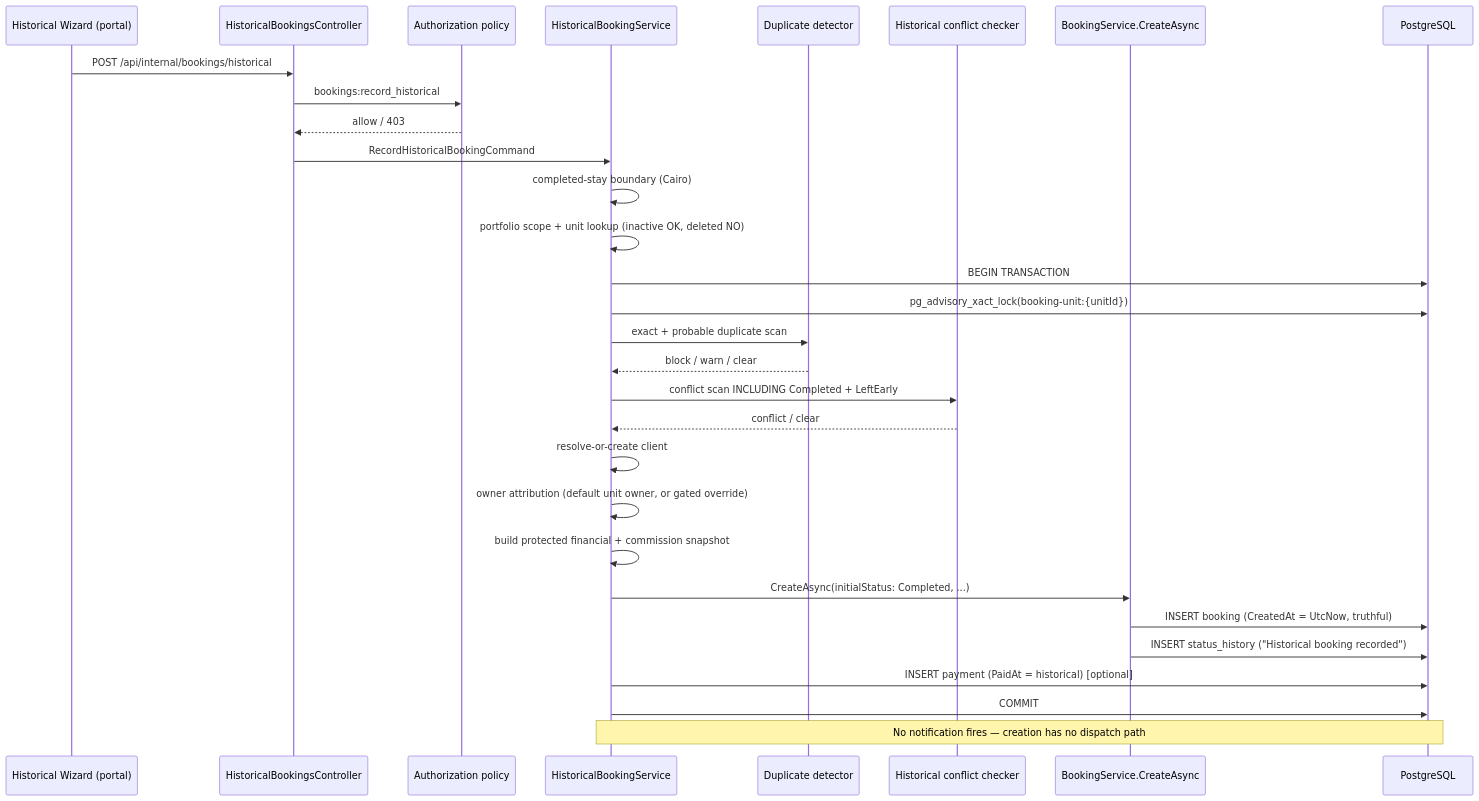
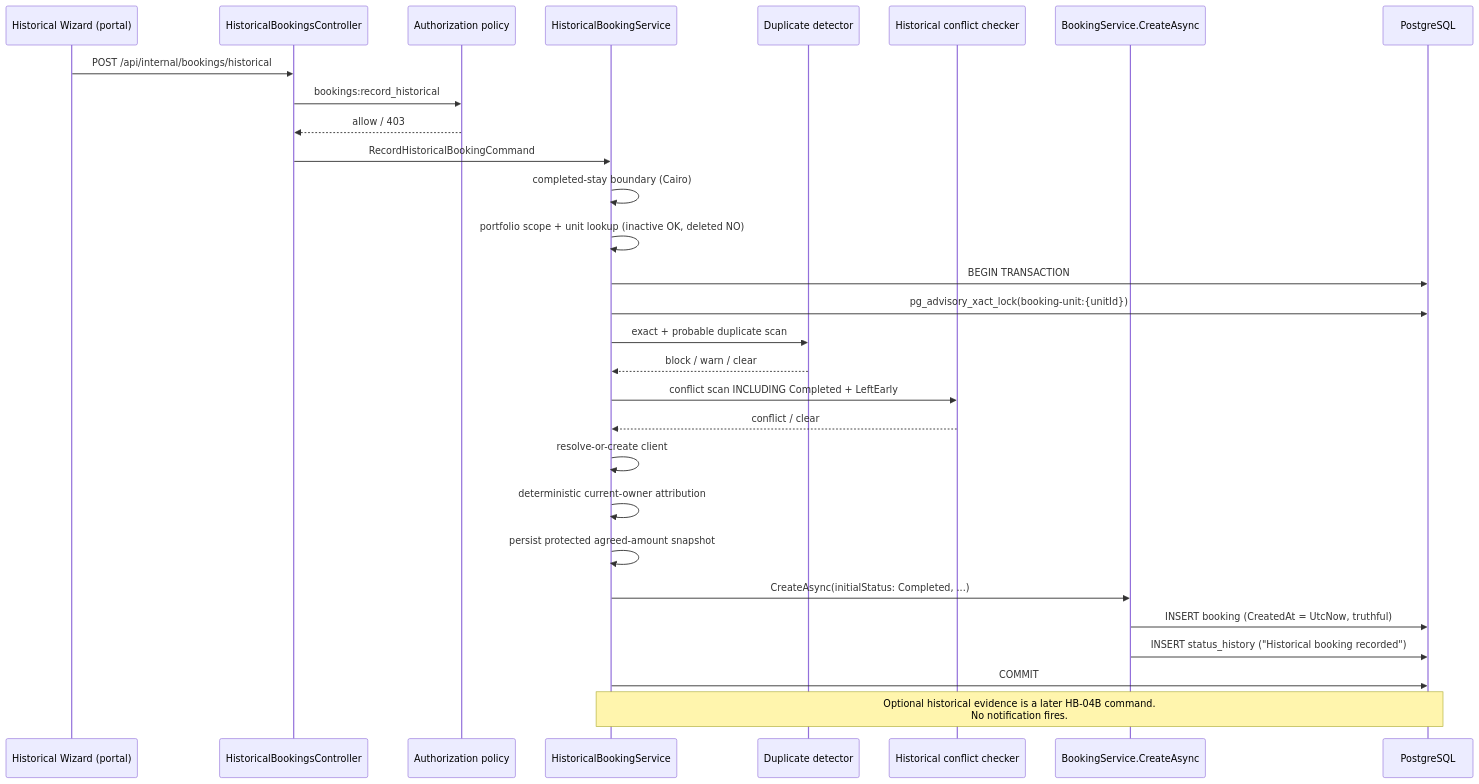
One commit to HozaifaAlmelli/REMAL changed the fourth of 6 diagrams in docs/plans/historical-bookings/00_MASTER_PLAN.md. Above: the diagram before and after it, drawn with Mermaid. The commit also changed other lines of this file and 12 other files, not shown here.

````diff
--- a/docs/plans/historical-bookings/00_MASTER_PLAN.md
+++ b/docs/plans/historical-bookings/00_MASTER_PLAN.md
@@ -290,33 +288,32 @@
 ```mermaid
 sequenceDiagram
     participant W as Historical Wizard (portal)
     participant C as HistoricalBookingsController
     participant Z as Authorization policy
     participant H as HistoricalBookingService
     participant D as Duplicate detector
     participant X as Historical conflict checker
     participant B as BookingService.CreateAsync
     participant DB as PostgreSQL
 
     W->>C: POST /api/internal/bookings/historical
     C->>Z: bookings:record_historical
     Z-->>C: allow / 403
     C->>H: RecordHistoricalBookingCommand
     H->>H: completed-stay boundary (Cairo)
     H->>H: portfolio scope + unit lookup (inactive OK, deleted NO)
     H->>DB: BEGIN TRANSACTION
     H->>DB: pg_advisory_xact_lock(booking-unit:{unitId})
     H->>D: exact + probable duplicate scan
     D-->>H: block / warn / clear
     H->>X: conflict scan INCLUDING Completed + LeftEarly
     X-->>H: conflict / clear
     H->>H: resolve-or-create client
-    H->>H: owner attribution (default unit owner, or gated override)
-    H->>H: build protected financial + commission snapshot
+    H->>H: deterministic current-owner attribution
+    H->>H: persist protected agreed-amount snapshot
     H->>B: CreateAsync(initialStatus: Completed, ...)
     B->>DB: INSERT booking (CreatedAt = UtcNow, truthful)
     B->>DB: INSERT status_history ("Historical booking recorded")
-    H->>DB: INSERT payment (PaidAt = historical) [optional]
     H->>DB: COMMIT
-    Note over H,DB: No notification fires — creation has no dispatch path
+    Note over H,DB: Optional historical evidence is a later HB-04B command.<br/>No notification fires.
 ```
````
